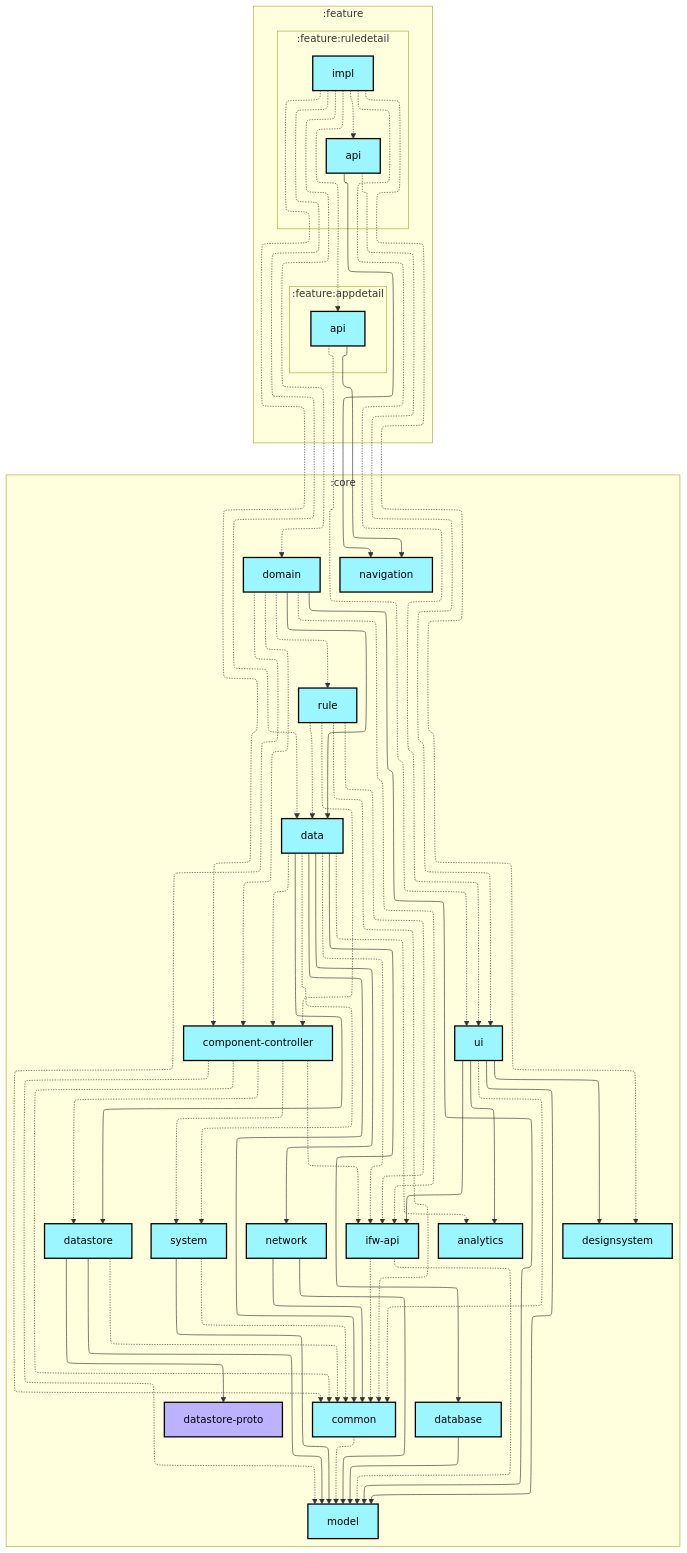
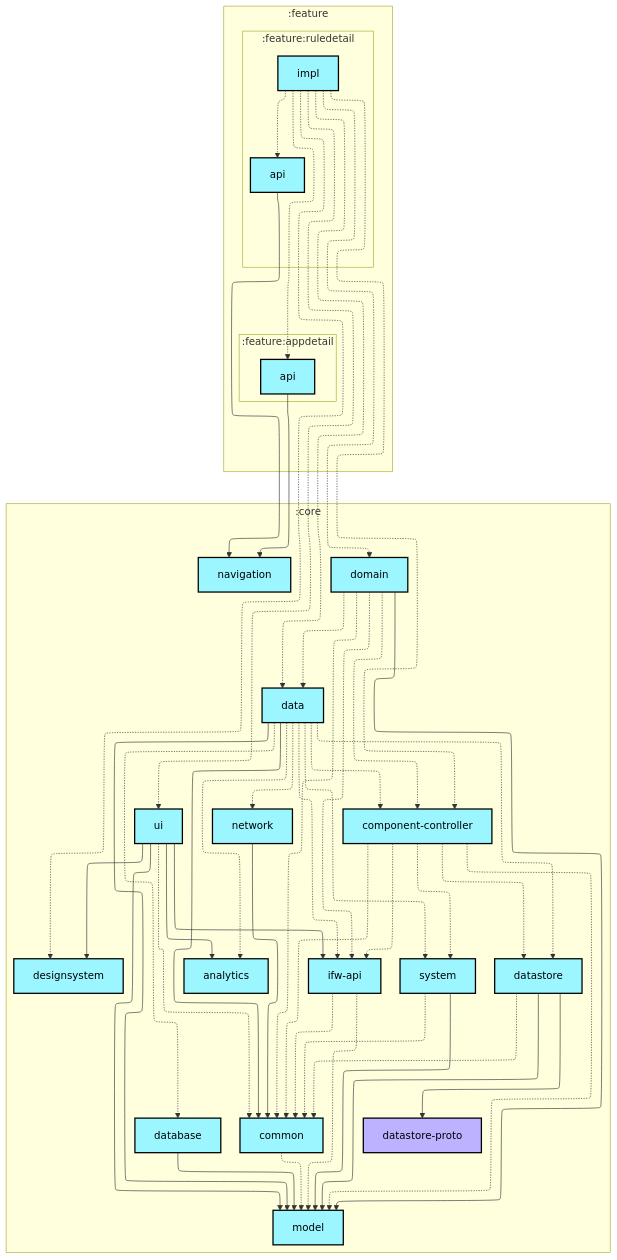
One commit to lihenggui/blocker changed the first of 2 diagrams in feature/ruledetail/impl/README.md. Above: the diagram before and after it, drawn with Mermaid. The commit also changed 29 other files, not shown here.

First line of the commit message:
Update module dependency graphs after boundary cleanup

```diff
--- a/feature/ruledetail/impl/README.md
+++ b/feature/ruledetail/impl/README.md
@@ -38,7 +38,6 @@
     :core:model[model]:::android-library
     :core:navigation[navigation]:::android-library
     :core:network[network]:::android-library
-    :core:rule[rule]:::android-library
     :core:system[system]:::android-library
     :core:ui[ui]:::android-library
   end
@@ -52,10 +51,11 @@
   :core:data -.-> :core:analytics
   :core:data --> :core:common
   :core:data -.-> :core:component-controller
-  :core:data --> :core:database
-  :core:data --> :core:datastore
+  :core:data -.-> :core:database
+  :core:data -.-> :core:datastore
   :core:data -.-> :core:ifw-api
-  :core:data --> :core:network
+  :core:data --> :core:model
+  :core:data -.-> :core:network
   :core:data -.-> :core:system
   :core:database --> :core:model
   :core:datastore -.-> :core:common
@@ -63,18 +63,12 @@
   :core:datastore --> :core:model
   :core:domain -.-> :core:common
   :core:domain -.-> :core:component-controller
-  :core:domain --> :core:data
+  :core:domain -.-> :core:data
   :core:domain -.-> :core:ifw-api
   :core:domain --> :core:model
-  :core:domain -.-> :core:rule
   :core:ifw-api -.-> :core:common
   :core:ifw-api -.-> :core:model
   :core:network --> :core:common
-  :core:network --> :core:model
-  :core:rule -.-> :core:common
-  :core:rule -.-> :core:component-controller
-  :core:rule -.-> :core:data
-  :core:rule -.-> :core:ifw-api
   :core:system -.-> :core:common
   :core:system --> :core:model
   :core:ui --> :core:analytics
@@ -83,9 +77,7 @@
   :core:ui --> :core:ifw-api
   :core:ui --> :core:model
   :feature:appdetail:api --> :core:navigation
-  :feature:appdetail:api -.-> :core:ui
   :feature:ruledetail:api --> :core:navigation
-  :feature:ruledetail:api -.-> :core:ui
   :feature:ruledetail:impl -.-> :core:component-controller
   :feature:ruledetail:impl -.-> :core:data
   :feature:ruledetail:impl -.-> :core:designsystem
```
